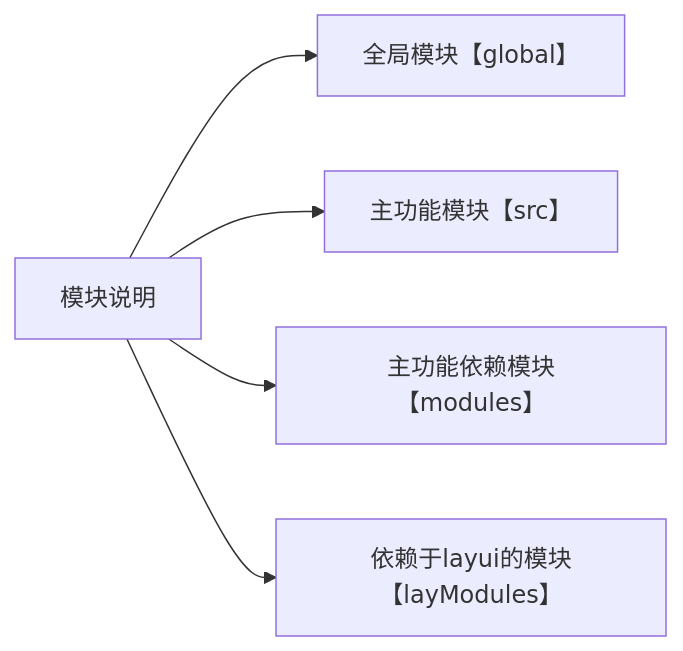
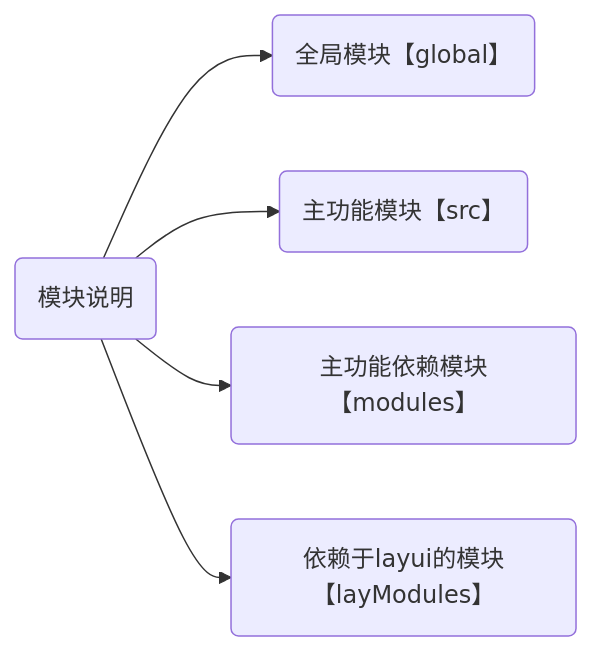
One commit to IsolatedTraveler/commonUtil changed the diagram in README.md. Above: the diagram before and after it, drawn with Mermaid.

````diff
--- a/README.md
+++ b/README.md
@@ -10,13 +10,13 @@
 ```mermaid
 graph LR
 
-A["模块说明"]
-B["全局模块【global】"]
-C["主功能模块【src】"]
-D["主功能依赖模块【modules】"]
-E["依赖于layui的模块【layModules】"]
+A("模块说明")
+B("全局模块【global】")
+C("主功能模块【src】")
+D("主功能依赖模块【modules】")
+E("依赖于layui的模块【layModules】")
 A-->B
 A-->C
 A-->D
 A-->E
 ```
````
